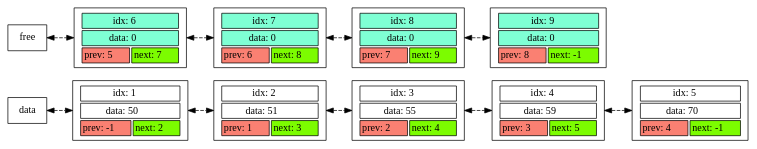
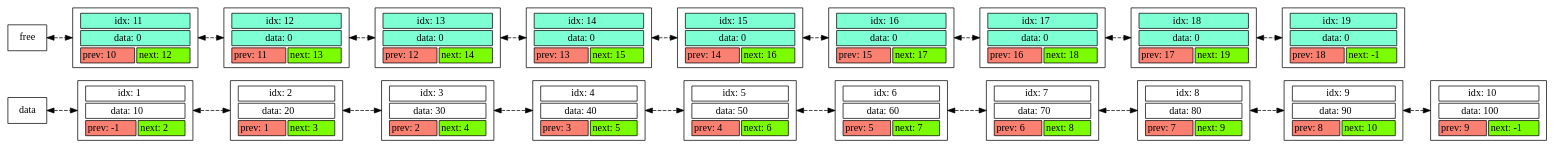
One commit to BiscuitsLayer/5_List changed the diagram in temp.dot. Above: the diagram before and after it, drawn with Graphviz. The commit also changed 25 other files, not shown here.

```diff
--- a/temp.dot
+++ b/temp.dot
@@ -1,69 +1,139 @@
 digraph {
 node [shape="box"]
 edge [style="dashed" dir="both"]
 dirtype = "both"
 rankdir="LR"
 	elem_1 [label=<<TABLE BORDER="0" CELLBORDER="1" CELLSPACING="3">
 		<TR><TD COLSPAN="2" BGCOLOR="white"> idx: 1 </TD></TR>
-		<TR><TD COLSPAN="2" BGCOLOR="white"> data: 50 </TD></TR>
+		<TR><TD COLSPAN="2" BGCOLOR="white"> data: 10 </TD></TR>
 		<TR><TD BGCOLOR="salmon" PORT="prev"> prev: -1 </TD>
 		<TD BGCOLOR="lawngreen" PORT="next"> next: 2 </TD></TR>
 	</TABLE>>]
 	elem_2 [label=<<TABLE BORDER="0" CELLBORDER="1" CELLSPACING="3">
 		<TR><TD COLSPAN="2" BGCOLOR="white"> idx: 2 </TD></TR>
-		<TR><TD COLSPAN="2" BGCOLOR="white"> data: 51 </TD></TR>
+		<TR><TD COLSPAN="2" BGCOLOR="white"> data: 20 </TD></TR>
 		<TR><TD BGCOLOR="salmon" PORT="prev"> prev: 1 </TD>
 		<TD BGCOLOR="lawngreen" PORT="next"> next: 3 </TD></TR>
 	</TABLE>>]
 	elem_3 [label=<<TABLE BORDER="0" CELLBORDER="1" CELLSPACING="3">
 		<TR><TD COLSPAN="2" BGCOLOR="white"> idx: 3 </TD></TR>
-		<TR><TD COLSPAN="2" BGCOLOR="white"> data: 55 </TD></TR>
+		<TR><TD COLSPAN="2" BGCOLOR="white"> data: 30 </TD></TR>
 		<TR><TD BGCOLOR="salmon" PORT="prev"> prev: 2 </TD>
 		<TD BGCOLOR="lawngreen" PORT="next"> next: 4 </TD></TR>
 	</TABLE>>]
 	elem_4 [label=<<TABLE BORDER="0" CELLBORDER="1" CELLSPACING="3">
 		<TR><TD COLSPAN="2" BGCOLOR="white"> idx: 4 </TD></TR>
-		<TR><TD COLSPAN="2" BGCOLOR="white"> data: 59 </TD></TR>
+		<TR><TD COLSPAN="2" BGCOLOR="white"> data: 40 </TD></TR>
 		<TR><TD BGCOLOR="salmon" PORT="prev"> prev: 3 </TD>
 		<TD BGCOLOR="lawngreen" PORT="next"> next: 5 </TD></TR>
 	</TABLE>>]
 	elem_5 [label=<<TABLE BORDER="0" CELLBORDER="1" CELLSPACING="3">
 		<TR><TD COLSPAN="2" BGCOLOR="white"> idx: 5 </TD></TR>
+		<TR><TD COLSPAN="2" BGCOLOR="white"> data: 50 </TD></TR>
+		<TR><TD BGCOLOR="salmon" PORT="prev"> prev: 4 </TD>
+		<TD BGCOLOR="lawngreen" PORT="next"> next: 6 </TD></TR>
+	</TABLE>>]
+	elem_6 [label=<<TABLE BORDER="0" CELLBORDER="1" CELLSPACING="3">
+		<TR><TD COLSPAN="2" BGCOLOR="white"> idx: 6 </TD></TR>
+		<TR><TD COLSPAN="2" BGCOLOR="white"> data: 60 </TD></TR>
+		<TR><TD BGCOLOR="salmon" PORT="prev"> prev: 5 </TD>
+		<TD BGCOLOR="lawngreen" PORT="next"> next: 7 </TD></TR>
+	</TABLE>>]
+	elem_7 [label=<<TABLE BORDER="0" CELLBORDER="1" CELLSPACING="3">
+		<TR><TD COLSPAN="2" BGCOLOR="white"> idx: 7 </TD></TR>
 		<TR><TD COLSPAN="2" BGCOLOR="white"> data: 70 </TD></TR>
-		<TR><TD BGCOLOR="salmon" PORT="prev"> prev: 4 </TD>
+		<TR><TD BGCOLOR="salmon" PORT="prev"> prev: 6 </TD>
+		<TD BGCOLOR="lawngreen" PORT="next"> next: 8 </TD></TR>
+	</TABLE>>]
+	elem_8 [label=<<TABLE BORDER="0" CELLBORDER="1" CELLSPACING="3">
+		<TR><TD COLSPAN="2" BGCOLOR="white"> idx: 8 </TD></TR>
+		<TR><TD COLSPAN="2" BGCOLOR="white"> data: 80 </TD></TR>
+		<TR><TD BGCOLOR="salmon" PORT="prev"> prev: 7 </TD>
+		<TD BGCOLOR="lawngreen" PORT="next"> next: 9 </TD></TR>
+	</TABLE>>]
+	elem_9 [label=<<TABLE BORDER="0" CELLBORDER="1" CELLSPACING="3">
+		<TR><TD COLSPAN="2" BGCOLOR="white"> idx: 9 </TD></TR>
+		<TR><TD COLSPAN="2" BGCOLOR="white"> data: 90 </TD></TR>
+		<TR><TD BGCOLOR="salmon" PORT="prev"> prev: 8 </TD>
+		<TD BGCOLOR="lawngreen" PORT="next"> next: 10 </TD></TR>
+	</TABLE>>]
+	elem_10 [label=<<TABLE BORDER="0" CELLBORDER="1" CELLSPACING="3">
+		<TR><TD COLSPAN="2" BGCOLOR="white"> idx: 10 </TD></TR>
+		<TR><TD COLSPAN="2" BGCOLOR="white"> data: 100 </TD></TR>
+		<TR><TD BGCOLOR="salmon" PORT="prev"> prev: 9 </TD>
 		<TD BGCOLOR="lawngreen" PORT="next"> next: -1 </TD></TR>
 	</TABLE>>]
 "data" -> elem_1
 elem_1 -> elem_2
 elem_2 -> elem_3
 elem_3 -> elem_4
 elem_4 -> elem_5
-	elem_free_6 [label=<<TABLE BORDER="0" CELLBORDER="1" CELLSPACING="3">
-		<TR><TD COLSPAN="2" BGCOLOR="aquamarine"> idx: 6 </TD></TR>
+elem_5 -> elem_6
+elem_6 -> elem_7
+elem_7 -> elem_8
+elem_8 -> elem_9
+elem_9 -> elem_10
+	elem_free_11 [label=<<TABLE BORDER="0" CELLBORDER="1" CELLSPACING="3">
+		<TR><TD COLSPAN="2" BGCOLOR="aquamarine"> idx: 11 </TD></TR>
 		<TR><TD COLSPAN="2" BGCOLOR="aquamarine"> data: 0 </TD></TR>
-		<TR><TD BGCOLOR="salmon" PORT="prev"> prev: 5 </TD>
-		<TD BGCOLOR="lawngreen" PORT="next"> next: 7 </TD></TR>
+		<TR><TD BGCOLOR="salmon" PORT="prev"> prev: 10 </TD>
+		<TD BGCOLOR="lawngreen" PORT="next"> next: 12 </TD></TR>
 	</TABLE>>]
-	elem_free_7 [label=<<TABLE BORDER="0" CELLBORDER="1" CELLSPACING="3">
-		<TR><TD COLSPAN="2" BGCOLOR="aquamarine"> idx: 7 </TD></TR>
+	elem_free_12 [label=<<TABLE BORDER="0" CELLBORDER="1" CELLSPACING="3">
+		<TR><TD COLSPAN="2" BGCOLOR="aquamarine"> idx: 12 </TD></TR>
 		<TR><TD COLSPAN="2" BGCOLOR="aquamarine"> data: 0 </TD></TR>
-		<TR><TD BGCOLOR="salmon" PORT="prev"> prev: 6 </TD>
-		<TD BGCOLOR="lawngreen" PORT="next"> next: 8 </TD></TR>
+		<TR><TD BGCOLOR="salmon" PORT="prev"> prev: 11 </TD>
+		<TD BGCOLOR="lawngreen" PORT="next"> next: 13 </TD></TR>
 	</TABLE>>]
-	elem_free_8 [label=<<TABLE BORDER="0" CELLBORDER="1" CELLSPACING="3">
-		<TR><TD COLSPAN="2" BGCOLOR="aquamarine"> idx: 8 </TD></TR>
+	elem_free_13 [label=<<TABLE BORDER="0" CELLBORDER="1" CELLSPACING="3">
+		<TR><TD COLSPAN="2" BGCOLOR="aquamarine"> idx: 13 </TD></TR>
 		<TR><TD COLSPAN="2" BGCOLOR="aquamarine"> data: 0 </TD></TR>
-		<TR><TD BGCOLOR="salmon" PORT="prev"> prev: 7 </TD>
-		<TD BGCOLOR="lawngreen" PORT="next"> next: 9 </TD></TR>
+		<TR><TD BGCOLOR="salmon" PORT="prev"> prev: 12 </TD>
+		<TD BGCOLOR="lawngreen" PORT="next"> next: 14 </TD></TR>
 	</TABLE>>]
-	elem_free_9 [label=<<TABLE BORDER="0" CELLBORDER="1" CELLSPACING="3">
-		<TR><TD COLSPAN="2" BGCOLOR="aquamarine"> idx: 9 </TD></TR>
+	elem_free_14 [label=<<TABLE BORDER="0" CELLBORDER="1" CELLSPACING="3">
+		<TR><TD COLSPAN="2" BGCOLOR="aquamarine"> idx: 14 </TD></TR>
 		<TR><TD COLSPAN="2" BGCOLOR="aquamarine"> data: 0 </TD></TR>
-		<TR><TD BGCOLOR="salmon" PORT="prev"> prev: 8 </TD>
+		<TR><TD BGCOLOR="salmon" PORT="prev"> prev: 13 </TD>
+		<TD BGCOLOR="lawngreen" PORT="next"> next: 15 </TD></TR>
+	</TABLE>>]
+	elem_free_15 [label=<<TABLE BORDER="0" CELLBORDER="1" CELLSPACING="3">
+		<TR><TD COLSPAN="2" BGCOLOR="aquamarine"> idx: 15 </TD></TR>
+		<TR><TD COLSPAN="2" BGCOLOR="aquamarine"> data: 0 </TD></TR>
+		<TR><TD BGCOLOR="salmon" PORT="prev"> prev: 14 </TD>
+		<TD BGCOLOR="lawngreen" PORT="next"> next: 16 </TD></TR>
+	</TABLE>>]
+	elem_free_16 [label=<<TABLE BORDER="0" CELLBORDER="1" CELLSPACING="3">
+		<TR><TD COLSPAN="2" BGCOLOR="aquamarine"> idx: 16 </TD></TR>
+		<TR><TD COLSPAN="2" BGCOLOR="aquamarine"> data: 0 </TD></TR>
+		<TR><TD BGCOLOR="salmon" PORT="prev"> prev: 15 </TD>
+		<TD BGCOLOR="lawngreen" PORT="next"> next: 17 </TD></TR>
+	</TABLE>>]
+	elem_free_17 [label=<<TABLE BORDER="0" CELLBORDER="1" CELLSPACING="3">
+		<TR><TD COLSPAN="2" BGCOLOR="aquamarine"> idx: 17 </TD></TR>
+		<TR><TD COLSPAN="2" BGCOLOR="aquamarine"> data: 0 </TD></TR>
+		<TR><TD BGCOLOR="salmon" PORT="prev"> prev: 16 </TD>
+		<TD BGCOLOR="lawngreen" PORT="next"> next: 18 </TD></TR>
+	</TABLE>>]
+	elem_free_18 [label=<<TABLE BORDER="0" CELLBORDER="1" CELLSPACING="3">
+		<TR><TD COLSPAN="2" BGCOLOR="aquamarine"> idx: 18 </TD></TR>
+		<TR><TD COLSPAN="2" BGCOLOR="aquamarine"> data: 0 </TD></TR>
+		<TR><TD BGCOLOR="salmon" PORT="prev"> prev: 17 </TD>
+		<TD BGCOLOR="lawngreen" PORT="next"> next: 19 </TD></TR>
+	</TABLE>>]
+	elem_free_19 [label=<<TABLE BORDER="0" CELLBORDER="1" CELLSPACING="3">
+		<TR><TD COLSPAN="2" BGCOLOR="aquamarine"> idx: 19 </TD></TR>
+		<TR><TD COLSPAN="2" BGCOLOR="aquamarine"> data: 0 </TD></TR>
+		<TR><TD BGCOLOR="salmon" PORT="prev"> prev: 18 </TD>
 		<TD BGCOLOR="lawngreen" PORT="next"> next: -1 </TD></TR>
 	</TABLE>>]
-"free" -> elem_free_6
-elem_free_6 -> elem_free_7
-elem_free_7 -> elem_free_8
-elem_free_8 -> elem_free_9
+"free" -> elem_free_11
+elem_free_11 -> elem_free_12
+elem_free_12 -> elem_free_13
+elem_free_13 -> elem_free_14
+elem_free_14 -> elem_free_15
+elem_free_15 -> elem_free_16
+elem_free_16 -> elem_free_17
+elem_free_17 -> elem_free_18
+elem_free_18 -> elem_free_19
 }
```
